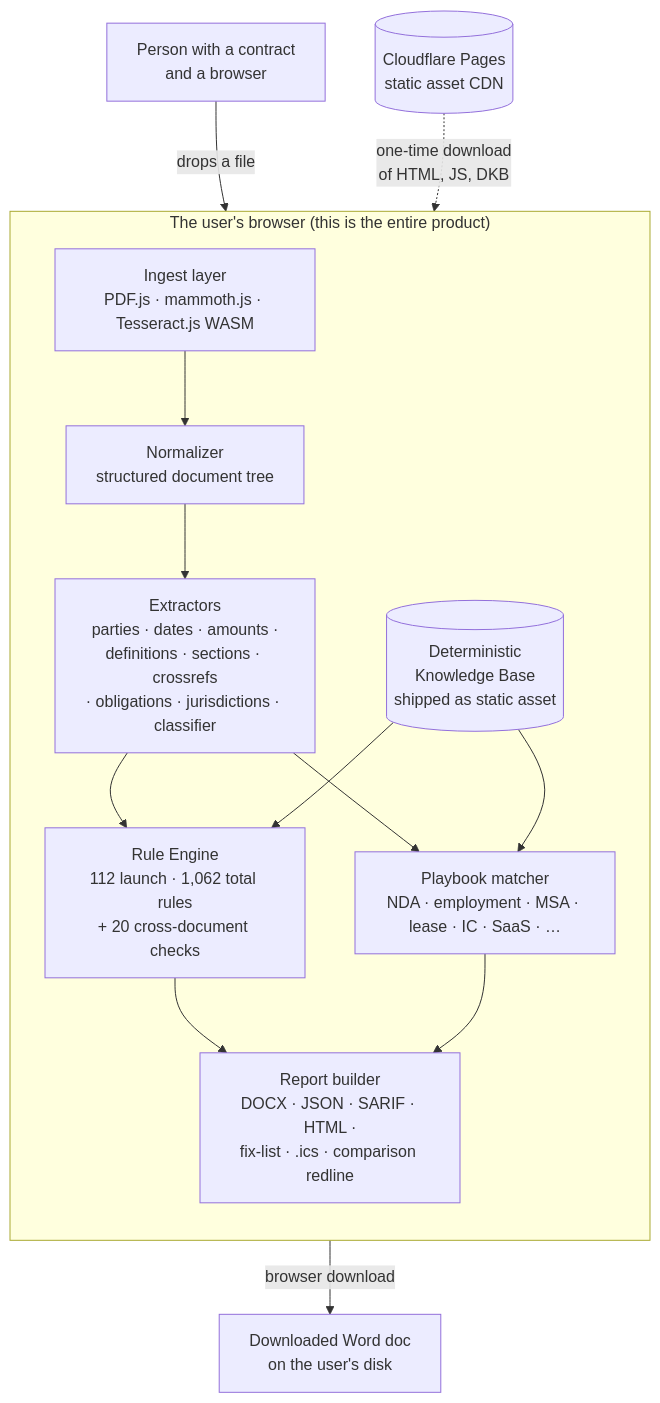
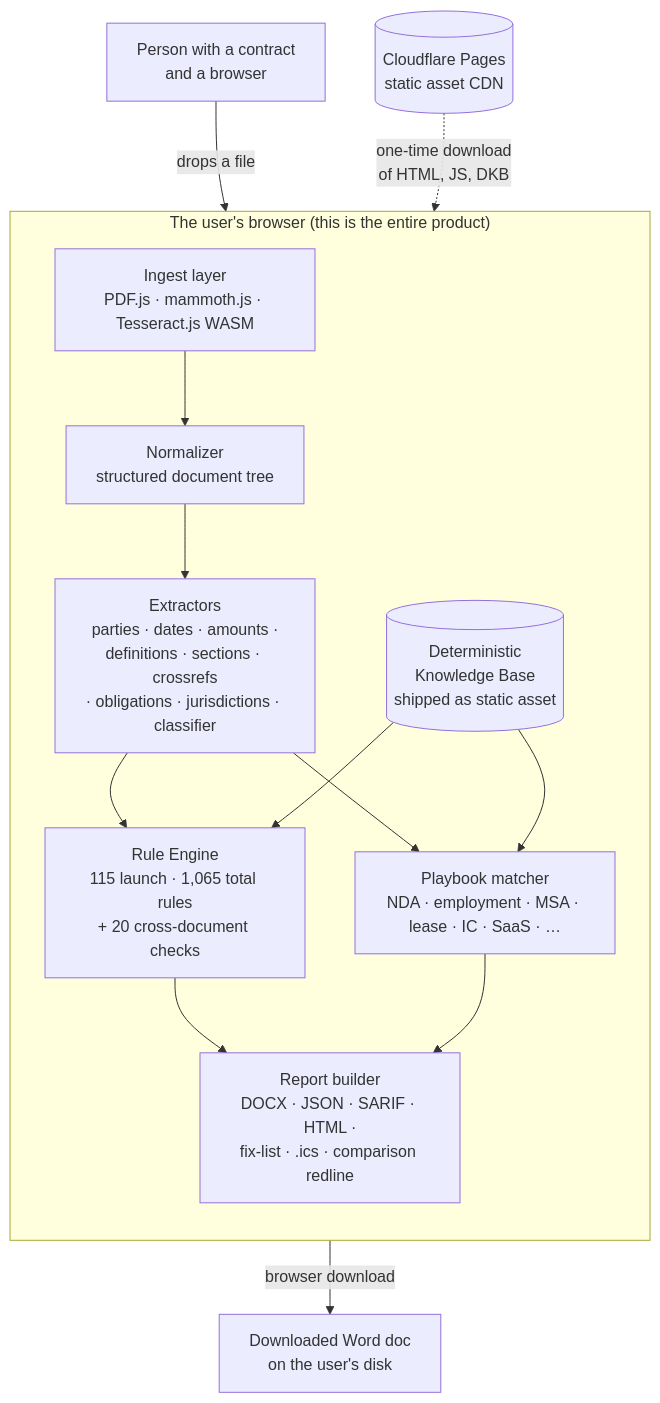
The diagram in docs/architecture.md (clay-good/vaulytica), drawn with Mermaid before and after one commit. The commit also changed 6 other files, not shown here.

````diff
--- a/docs/architecture.md
+++ b/docs/architecture.md
@@ -5,28 +5,28 @@
 ```mermaid
 flowchart TB
     user[Person with a contract<br/>and a browser]
 
     subgraph browser["The user's browser (this is the entire product)"]
         direction TB
         ingest[Ingest layer<br/>PDF.js · mammoth.js · Tesseract.js WASM]
         normalize[Normalizer<br/>structured document tree]
         extract[Extractors<br/>parties · dates · amounts ·<br/>definitions · sections · crossrefs<br/>· obligations · jurisdictions · classifier]
-        engine[Rule Engine<br/>112 launch · 1,062 total rules<br/>+ 20 cross-document checks]
+        engine[Rule Engine<br/>115 launch · 1,065 total rules<br/>+ 20 cross-document checks]
         playbook[Playbook matcher<br/>NDA · employment · MSA · lease · IC · SaaS · …]
         dkb[(Deterministic<br/>Knowledge Base<br/>shipped as static asset)]
         report[Report builder<br/>DOCX · JSON · SARIF · HTML ·<br/>fix-list · .ics · comparison redline]
     end
 
     cdn[(Cloudflare Pages<br/>static asset CDN)]
     download[Downloaded Word doc<br/>on the user's disk]
 
     user -- "drops a file" --> ingest
     cdn -. "one-time download<br/>of HTML, JS, DKB" .-> browser
     ingest --> normalize --> extract --> engine
     extract --> playbook
     dkb --> engine
     dkb --> playbook
     engine --> report
     playbook --> report
     report -- "browser download" --> download
 ```
````
